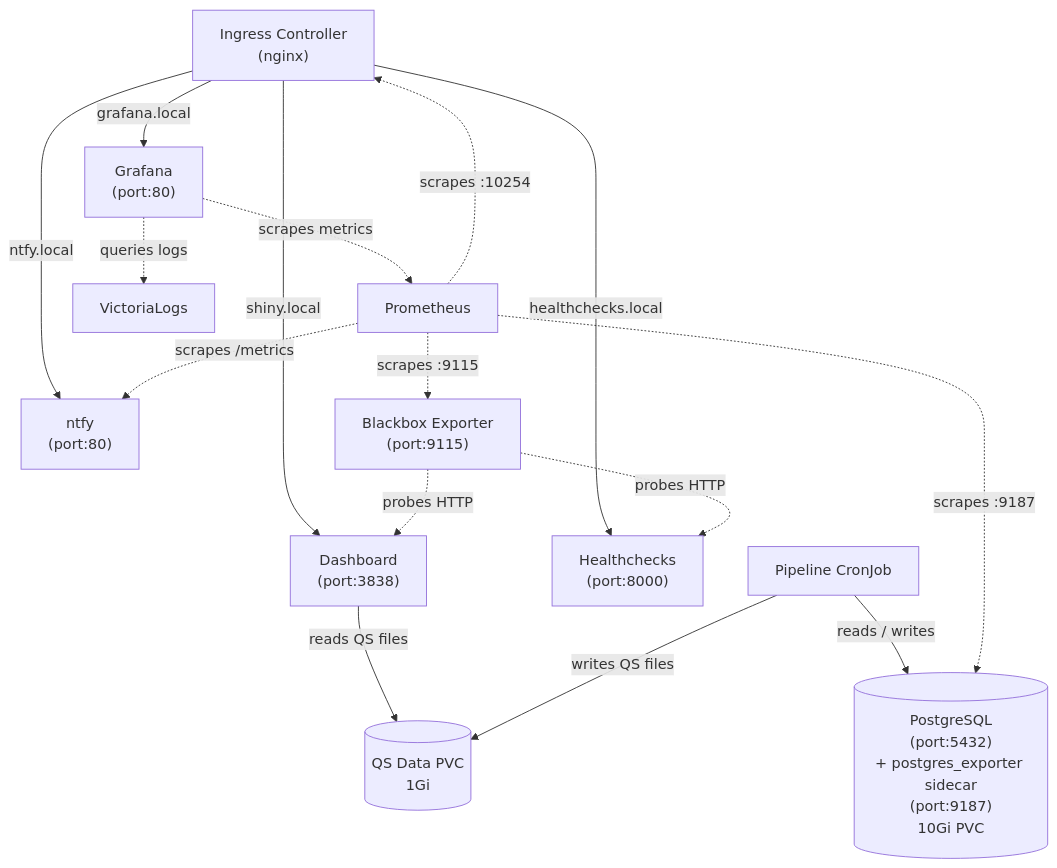
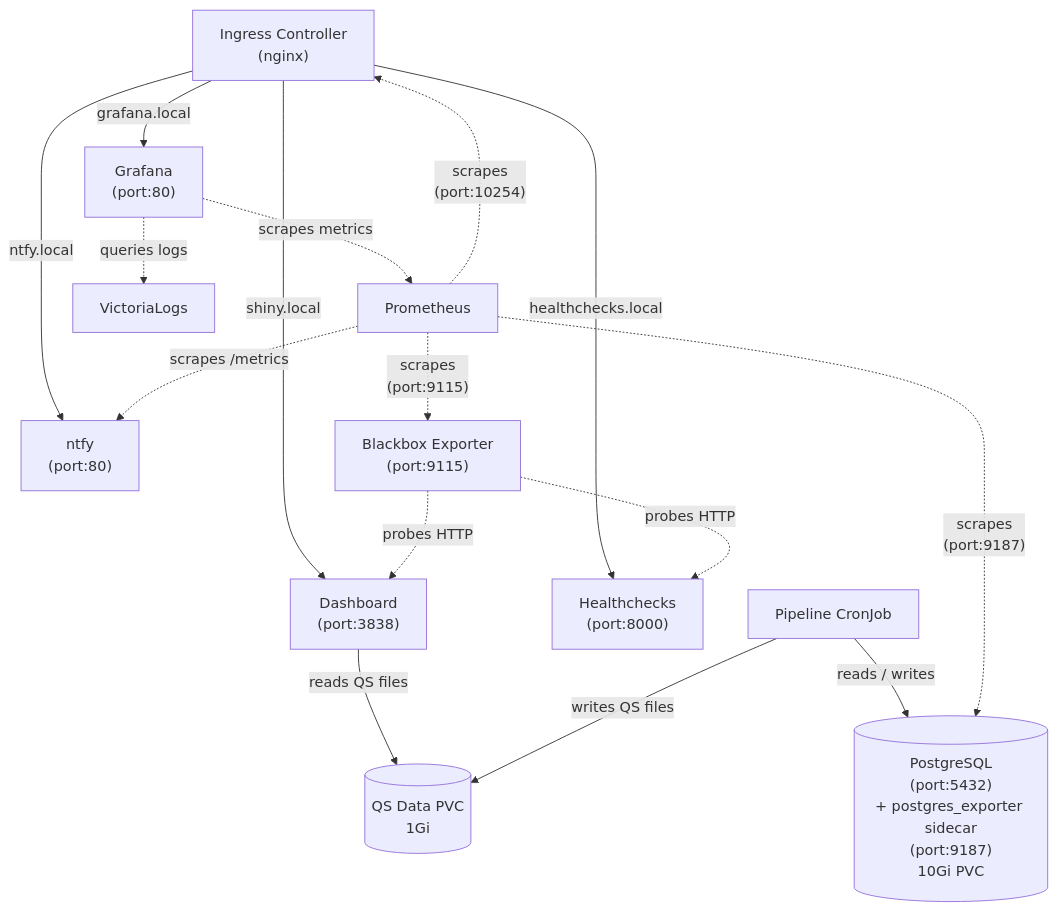
One commit to mathieubpoiriericm/icm-dashboard changed the first of 3 diagrams in docs/kubernetes-cluster-overview.md. Above: the diagram before and after it, drawn with Mermaid.

Commit message:
Minor edits

````diff
--- a/docs/kubernetes-cluster-overview.md
+++ b/docs/kubernetes-cluster-overview.md
@@ -55,25 +55,25 @@
 ```mermaid
 graph TD
     ingress["Ingress Controller<br/>(nginx)"]
 
     ingress -- "shiny.local" --> dashboard["Dashboard<br/>(port:3838)"]
     ingress -- "grafana.local" --> grafana["Grafana<br/>(port:80)"]
     ingress -- "ntfy.local" --> ntfy["ntfy<br/>(port:80)"]
     ingress -- "healthchecks.local" --> healthchecks["Healthchecks<br/>(port:8000)"]
 
     dashboard -- "reads QS files" --> qspvc[("QS Data PVC<br/>1Gi")]
     pipeline["Pipeline CronJob"] -- "writes QS files" --> qspvc
     pipeline -- "reads / writes" --> postgresql[("PostgreSQL<br/>(port:5432)<br/>+ postgres_exporter sidecar<br/>(port:9187)<br/>10Gi PVC")]
 
     grafana -. "scrapes metrics" .-> prometheus["Prometheus"]
     grafana -. "queries logs" .-> victorialogs["VictoriaLogs"]
 
     blackbox["Blackbox Exporter<br/>(port:9115)"]
     blackbox -. "probes HTTP" .-> dashboard
     blackbox -. "probes HTTP" .-> healthchecks
 
-    prometheus -. "scrapes :9187" .-> postgresql
+    prometheus -. "scrapes<br/>(port:9187)" .-> postgresql
     prometheus -. "scrapes /metrics" .-> ntfy
-    prometheus -. "scrapes :9115" .-> blackbox
-    prometheus -. "scrapes :10254" .-> ingress
+    prometheus -. "scrapes<br/>(port:9115)" .-> blackbox
+    prometheus -. "scrapes<br/>(port:10254)" .-> ingress
 ```
````
